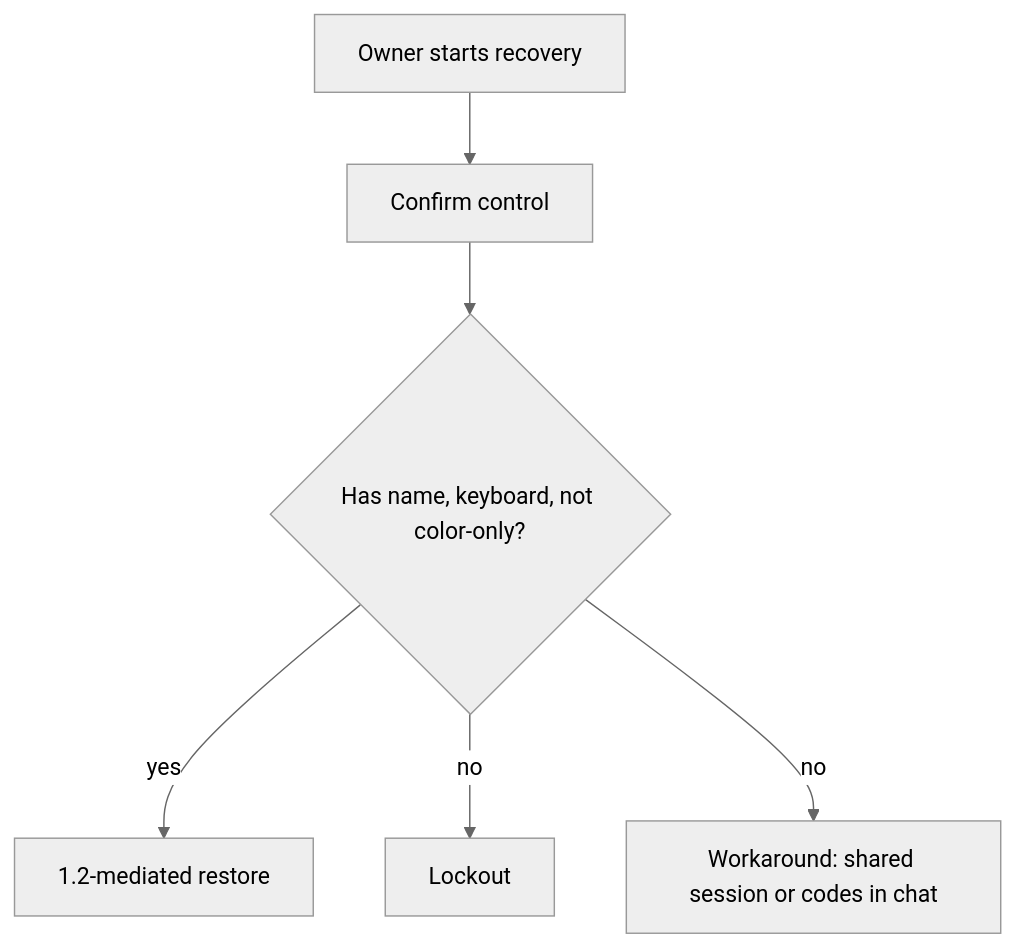
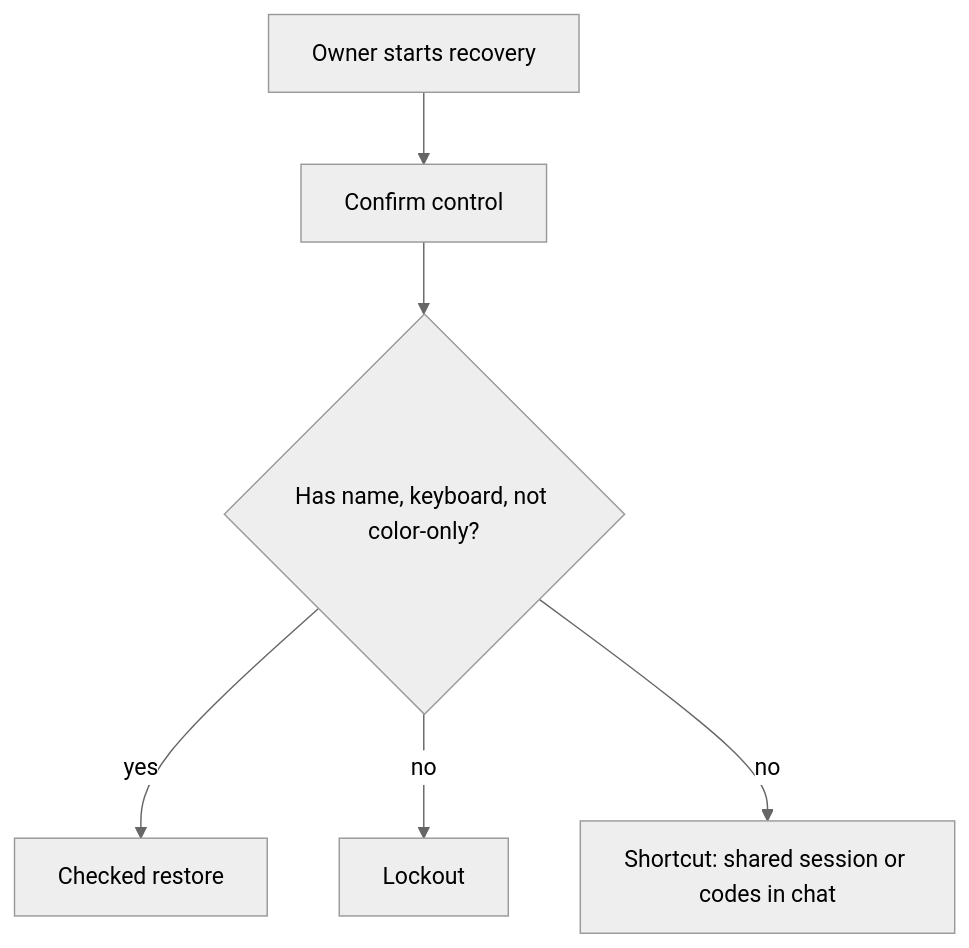
One commit to ishitvagoel/LearnSecurity changed the diagram in content/modules/1/1.4/lessons/03-break.md. Above: the diagram before and after it, drawn with Mermaid (neutral theme). The commit also changed other lines of this file and 44 other files, not shown here.

````diff
--- a/content/modules/1/1.4/lessons/03-break.md
+++ b/content/modules/1/1.4/lessons/03-break.md
@@ -24,8 +22,8 @@
 ```mermaid
 flowchart TD
   Start[Owner starts recovery] --> Ctrl[Confirm control]
   Ctrl --> K{Has name, keyboard, not color-only?}
-  K -->|yes| Ok["1.2-mediated restore"]
+  K -->|yes| Ok[Checked restore]
   K -->|no| L[Lockout]
-  K -->|no| W["Workaround: shared session or codes in chat"]
+  K -->|no| W[Shortcut: shared session or codes in chat]
 ```
````
